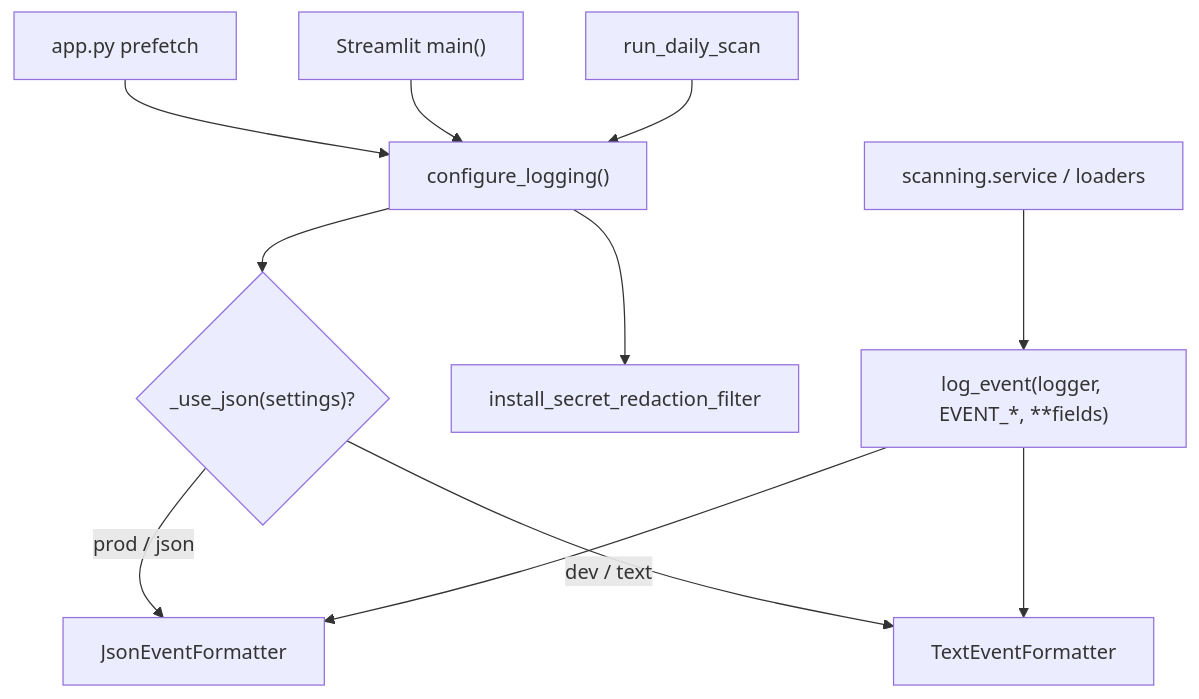
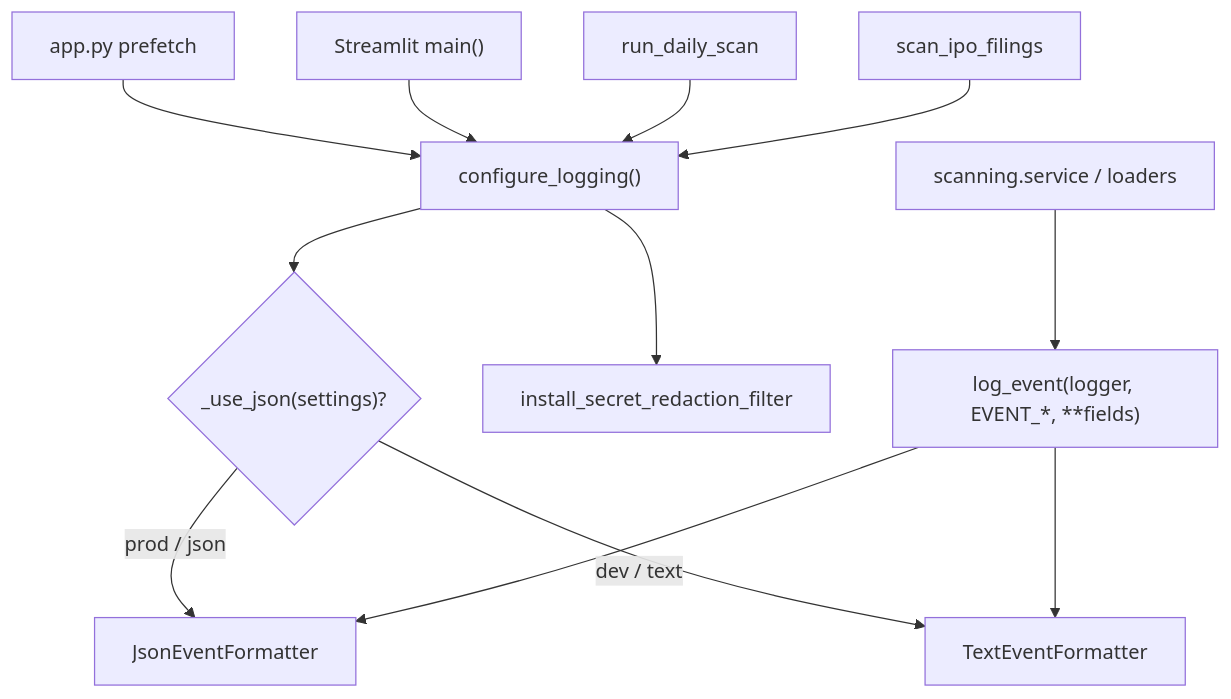
Before and after one commit to DoRmAmMu1997/Streamlit-Scanner-App: the diagram in docs/architecture/components/observability.md, drawn with Mermaid. The commit also changed other lines of this file and 4 other files, not shown here.

Commit message:
docs: reconcile IPO cross-cutting architecture

````diff
--- a/docs/architecture/components/observability.md
+++ b/docs/architecture/components/observability.md
@@ -29,13 +30,14 @@
 ```mermaid
 flowchart TD
     APP["app.py prefetch"] --> CL["configure_logging()"]
     UI["Streamlit main()"] --> CL
     JOB["run_daily_scan"] --> CL
+    IPOJOB["scan_ipo_filings"] --> CL
     CL --> FMT{"_use_json(settings)?"}
     FMT -->|prod / json| JSON["JsonEventFormatter"]
     FMT -->|dev / text| TEXT["TextEventFormatter"]
     CL --> RF["install_secret_redaction_filter"]
     SVC["scanning.service / loaders"] --> LE["log_event(logger, EVENT_*, **fields)"]
     LE --> JSON
     LE --> TEXT
 ```
````
